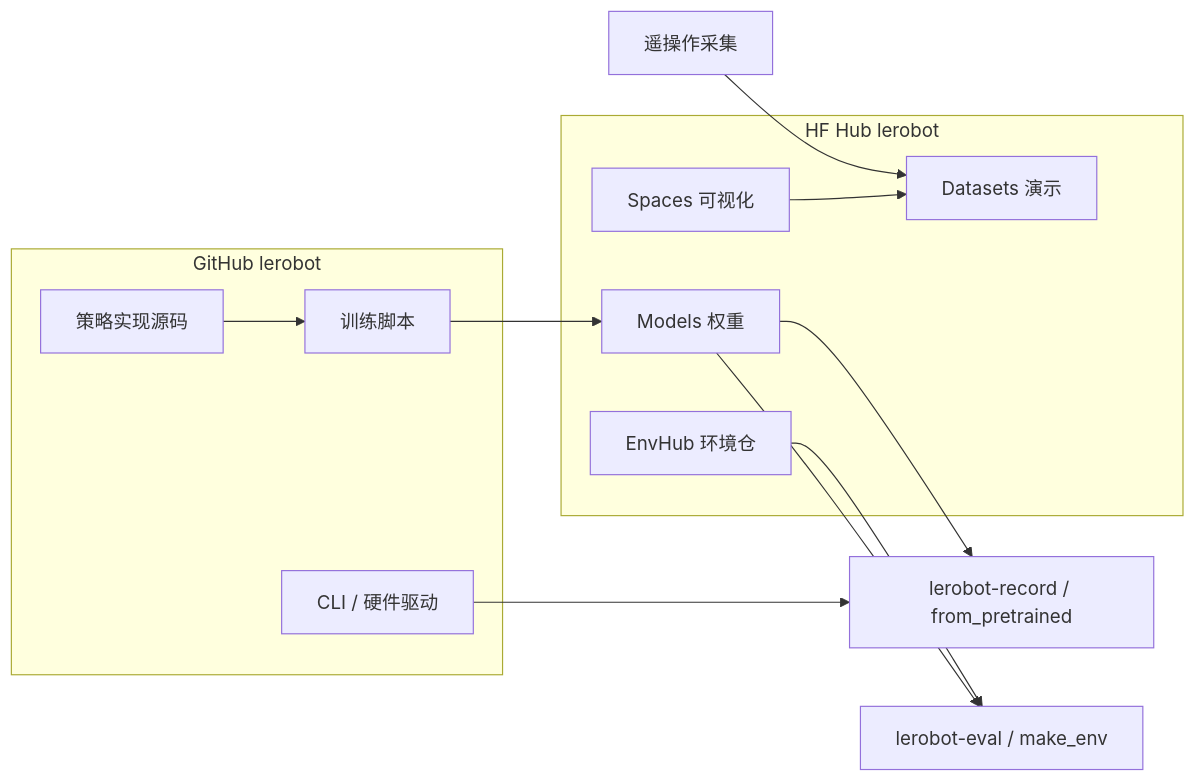
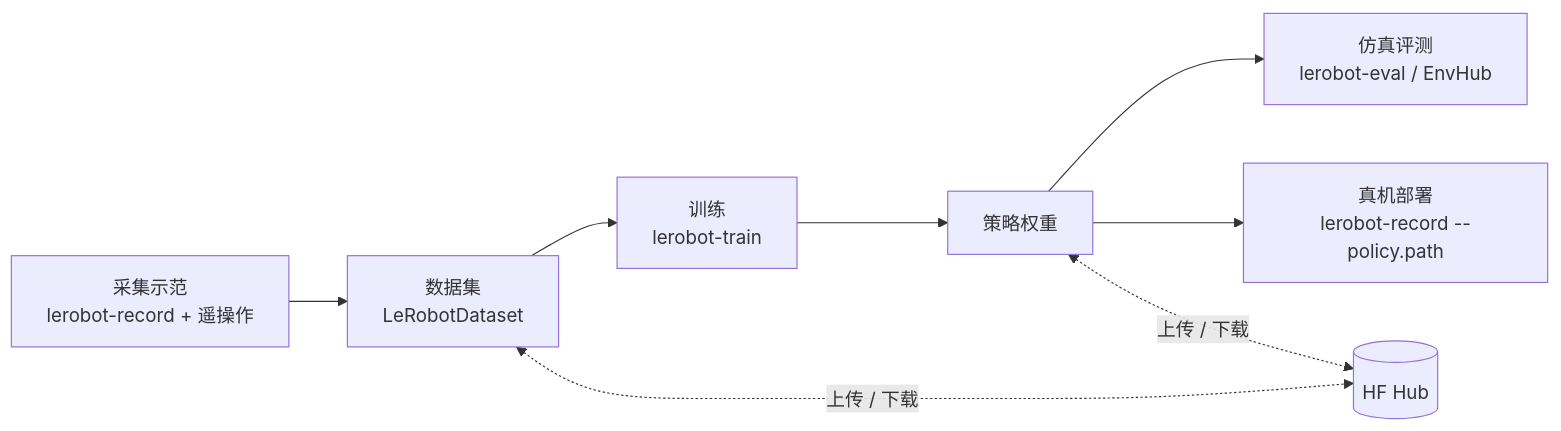
One commit to ImChong/Robotics_Notebooks changed the diagram in wiki/entities/lerobot.md. Above: the diagram before and after it, drawn with Mermaid. The commit also changed other lines of this file and 1 other file, not shown here.

First line of the commit message:
refactor(wiki): LeRobot 实体页改为读者视角

````diff
--- a/wiki/entities/lerobot.md
+++ b/wiki/entities/lerobot.md
@@ -76,22 +70,10 @@
 ```mermaid
 flowchart LR
-  subgraph github["GitHub lerobot"]
-    cli["CLI / 硬件驱动"]
-    train["训练脚本"]
-    policy_src["策略实现源码"]
-  end
-  subgraph hub["HF Hub lerobot"]
-    models["Models 权重"]
-    datasets["Datasets 演示"]
-    envhub["EnvHub 环境仓"]
-    spaces["Spaces 可视化"]
-  end
-  teleop["遥操作采集"] --> datasets
-  train --> models
-  models --> deploy["lerobot-record / from_pretrained"]
-  envhub --> eval["lerobot-eval / make_env"]
-  models --> eval
-  cli --> deploy
-  spaces --> datasets
-  policy_src --> train
+  rec["采集示范<br/>lerobot-record + 遥操作"] --> ds["数据集<br/>LeRobotDataset"]
+  ds --> train["训练<br/>lerobot-train"]
+  train --> ckpt["策略权重"]
+  ckpt --> eval["仿真评测<br/>lerobot-eval / EnvHub"]
+  ckpt --> deploy["真机部署<br/>lerobot-record --policy.path"]
+  ds <-.上传 / 下载.-> hub[("HF Hub")]
+  ckpt <-.上传 / 下载.-> hub
 ```
````
